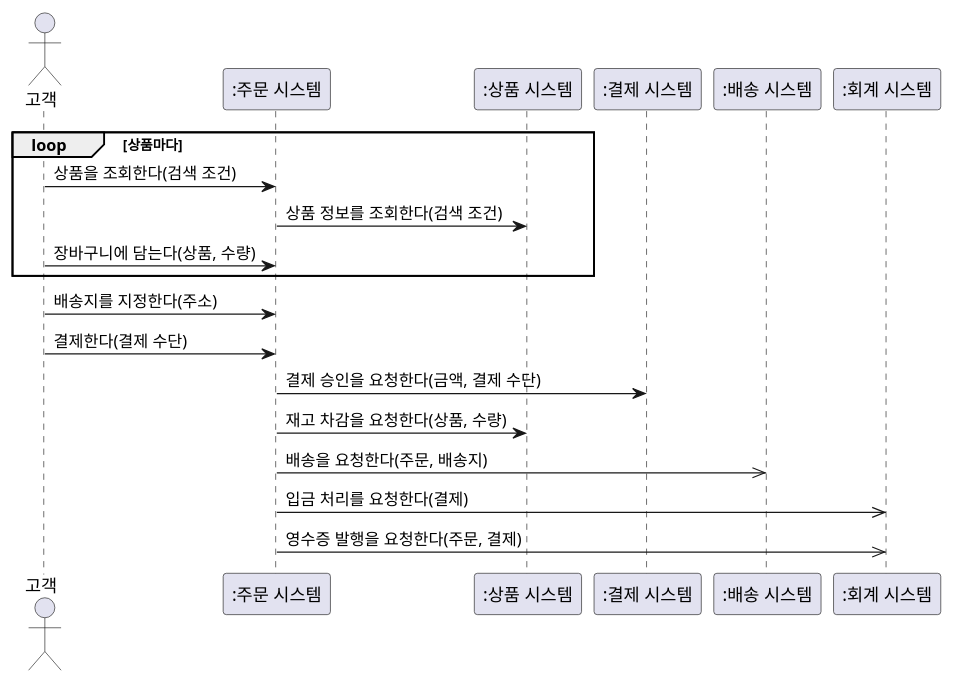
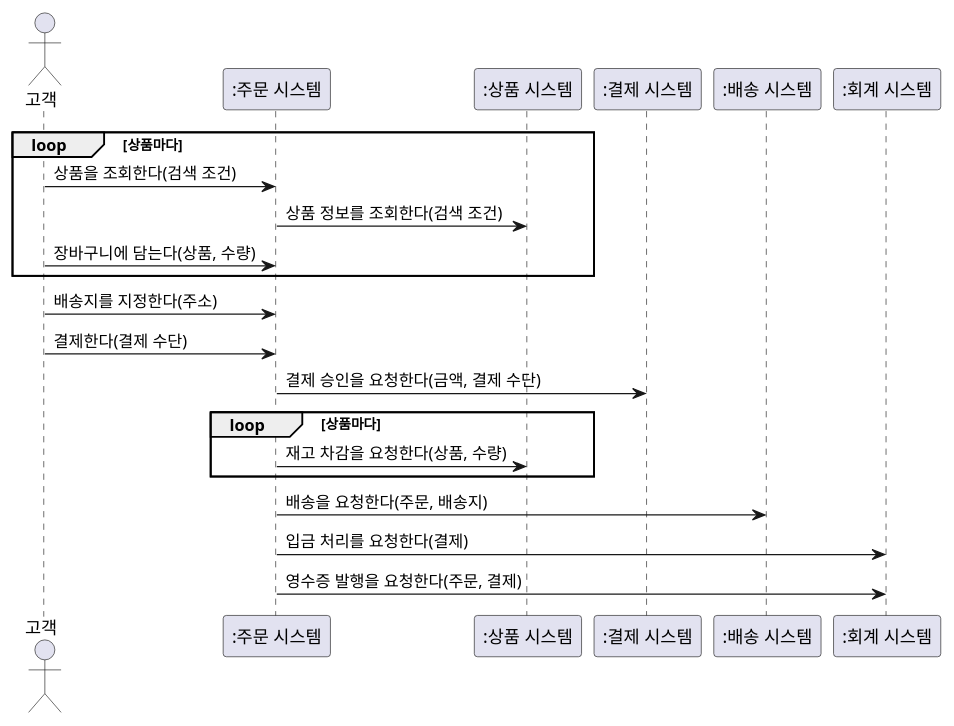
The second of 23 diagrams in courses/ooad/sessions/s04.md (YoungSan77/TrainingMaterials), drawn with PlantUML before and after one commit. The commit also changed other lines of this file and 51 other files, not shown here.

````diff
--- a/courses/ooad/sessions/s04.md
+++ b/courses/ooad/sessions/s04.md
@@ -223,22 +184,24 @@
 ```plantuml:sequence
 @startuml
 actor "고객" as C
 participant ":주문 시스템" as S
 participant ":상품 시스템" as G
 participant ":결제 시스템" as P
 participant ":배송 시스템" as D
 participant ":회계 시스템" as A
 loop 상품마다
   C -> S : 상품을 조회한다(검색 조건)
   S -> G : 상품 정보를 조회한다(검색 조건)
   C -> S : 장바구니에 담는다(상품, 수량)
 end
 C -> S : 배송지를 지정한다(주소)
 C -> S : 결제한다(결제 수단)
 S -> P : 결제 승인을 요청한다(금액, 결제 수단)
-S -> G : 재고 차감을 요청한다(상품, 수량)
-S ->> D : 배송을 요청한다(주문, 배송지)
-S ->> A : 입금 처리를 요청한다(결제)
-S ->> A : 영수증 발행을 요청한다(주문, 결제)
+loop 상품마다
+  S -> G : 재고 차감을 요청한다(상품, 수량)
+end
+S -> D : 배송을 요청한다(주문, 배송지)
+S -> A : 입금 처리를 요청한다(결제)
+S -> A : 영수증 발행을 요청한다(주문, 결제)
 @enduml
 ```
````
